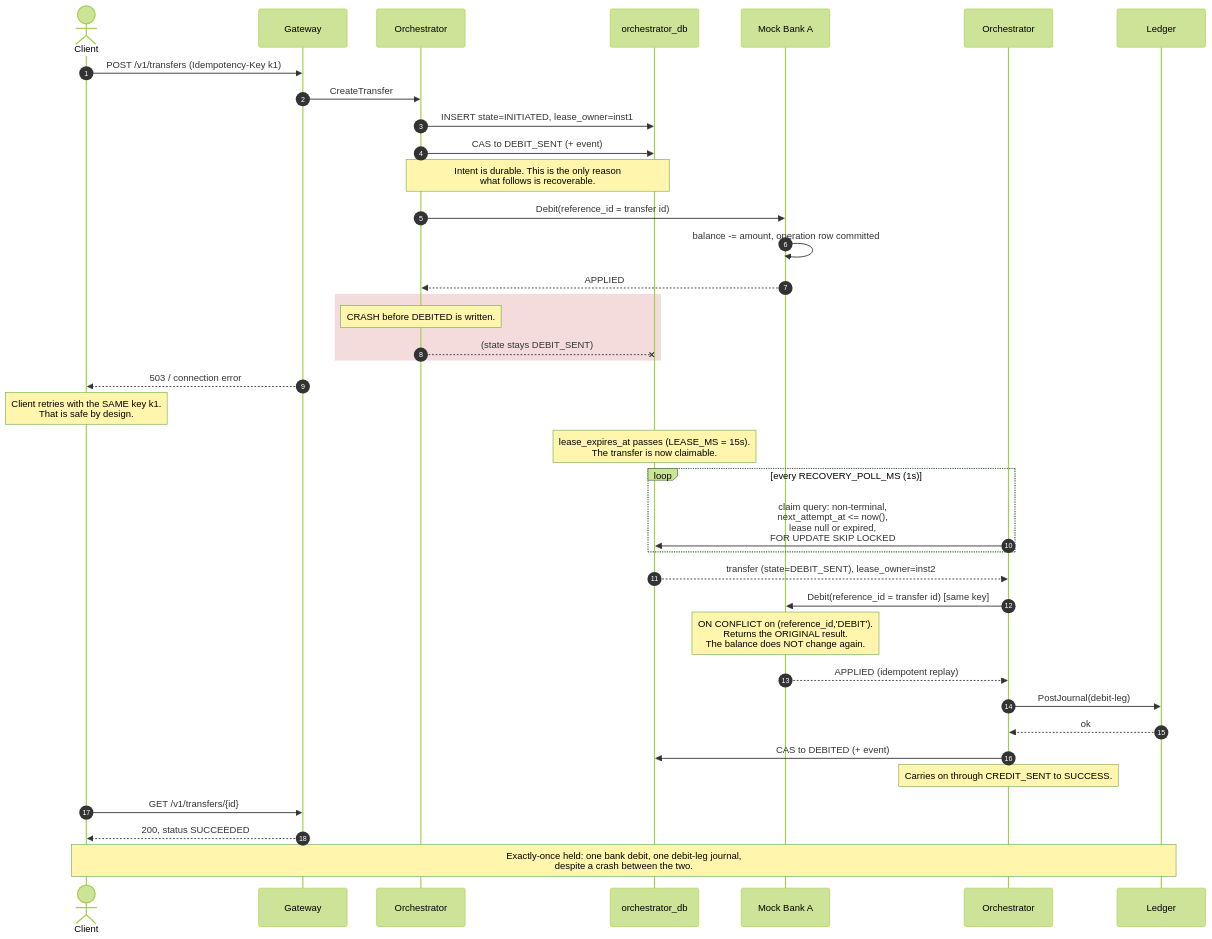
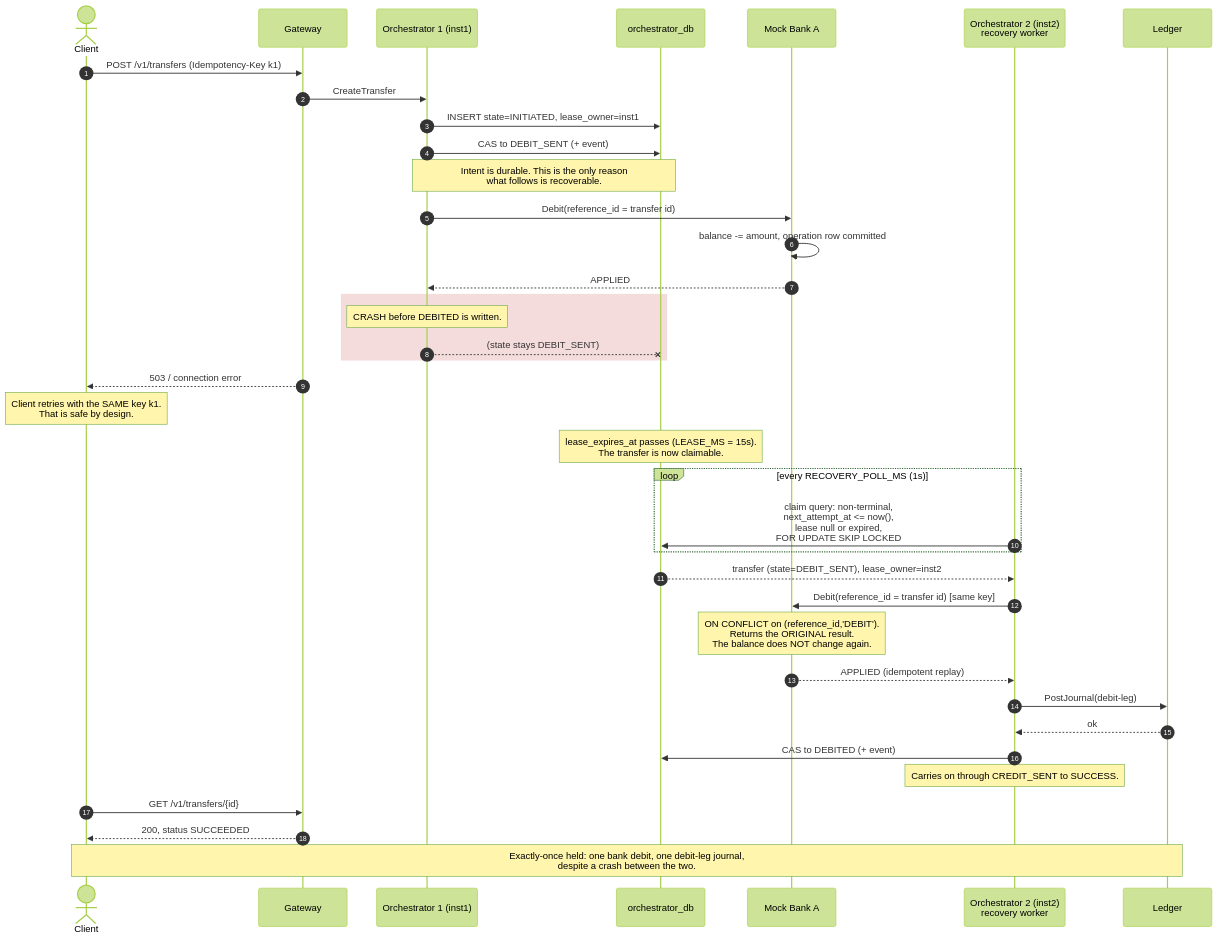
One commit to rohan099dubey/payment-switch changed the diagram in docs/diagrams/sequence-crash-recovery.mmd. Above: the diagram before and after it, drawn with Mermaid (forest theme). The commit also changed 26 other files, not shown here.

```diff
--- a/docs/diagrams/sequence-crash-recovery.mmd
+++ b/docs/diagrams/sequence-crash-recovery.mmd
@@ -1,52 +1,52 @@
 %% Crash recovery: the Orchestrator dies after the bank applied the debit
 %% but before DEBITED was saved.
 %% Source: ARCHITECTURE.md section 11, "Walkthrough: the Orchestrator crashes
 %% mid-transfer", and section 13 scenario 6.
 sequenceDiagram
     autonumber
     actor C as Client
     participant G as Gateway
-    participant O1 as Orchestrator #1
+    participant O1 as Orchestrator 1 (inst1)
     participant DB as orchestrator_db
     participant A as Mock Bank A
-    participant O2 as Orchestrator #2<br/>(recovery worker)
+    participant O2 as Orchestrator 2 (inst2)<br/>recovery worker
     participant L as Ledger
 
     C->>G: POST /v1/transfers (Idempotency-Key k1)
     G->>O1: CreateTransfer
     O1->>DB: INSERT state=INITIATED, lease_owner=inst1
     O1->>DB: CAS to DEBIT_SENT (+ event)
     Note over O1,DB: Intent is durable. This is the only reason<br/>what follows is recoverable.
 
     O1->>A: Debit(reference_id = transfer id)
     A->>A: balance -= amount, operation row committed
     A-->>O1: APPLIED
 
     rect rgba(200,60,60,0.18)
         Note over O1: CRASH before DEBITED is written.
         O1--xDB: (state stays DEBIT_SENT)
     end
 
     G-->>C: 503 / connection error
     Note over C: Client retries with the SAME key k1.<br/>That is safe by design.
 
     Note over DB: lease_expires_at passes (LEASE_MS = 15s).<br/>The transfer is now claimable.
 
     loop every RECOVERY_POLL_MS (1s)
         O2->>DB: claim query: non-terminal,<br/>next_attempt_at <= now(),<br/>lease null or expired,<br/>FOR UPDATE SKIP LOCKED
     end
     DB-->>O2: transfer (state=DEBIT_SENT), lease_owner=inst2
 
     O2->>A: Debit(reference_id = transfer id)  [same key]
     Note over A: ON CONFLICT on (reference_id,'DEBIT').<br/>Returns the ORIGINAL result.<br/>The balance does NOT change again.
     A-->>O2: APPLIED (idempotent replay)
 
     O2->>L: PostJournal(debit-leg)
     L-->>O2: ok
     O2->>DB: CAS to DEBITED (+ event)
     Note over O2: Carries on through CREDIT_SENT to SUCCESS.
 
     C->>G: GET /v1/transfers/{id}
     G-->>C: 200, status SUCCEEDED
 
     Note over C,L: Exactly-once held: one bank debit, one debit-leg journal,<br/>despite a crash between the two.
```
